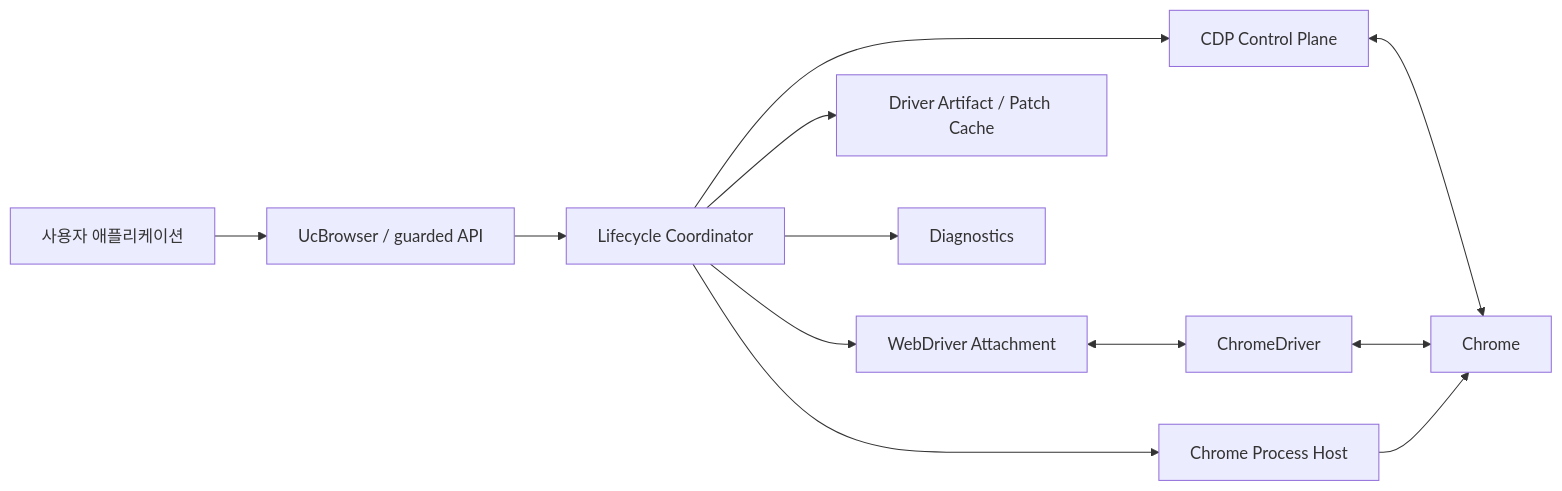
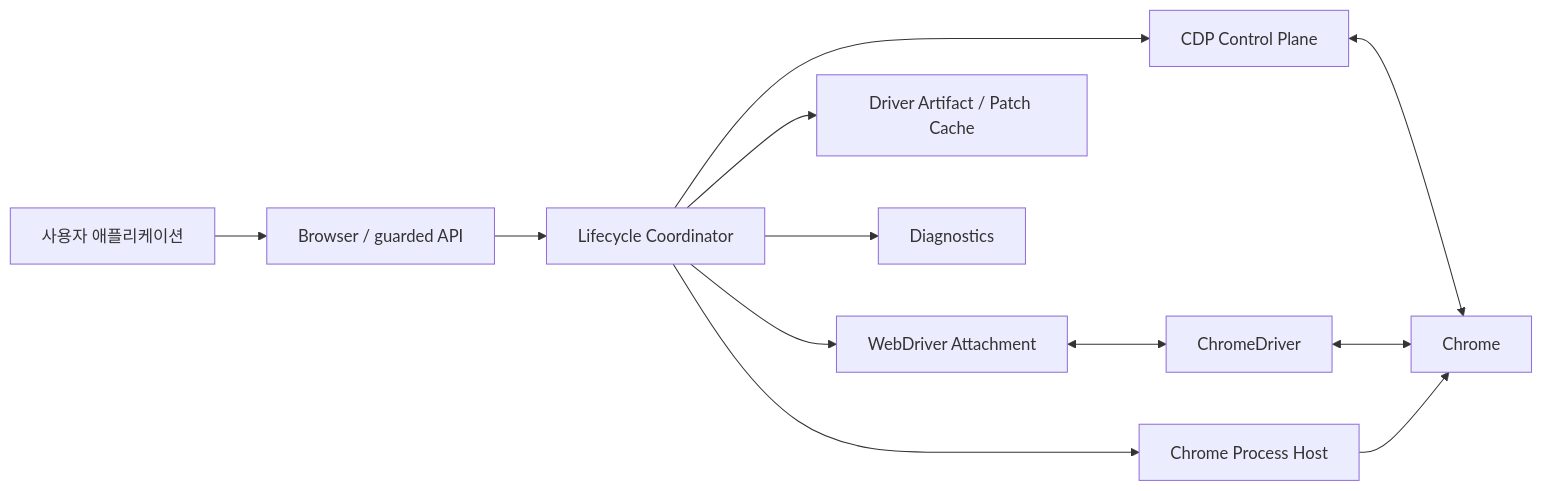
The first of 2 diagrams in docs/architecture.md (mete0rfish/BrowserDock), drawn with Mermaid before and after one commit. The commit also changed other lines of this file and 119 other files, not shown here.

````diff
--- a/docs/architecture.md
+++ b/docs/architecture.md
@@ -25,14 +25,14 @@
 ```mermaid
 flowchart LR
-    App[사용자 애플리케이션] --> API[UcBrowser / guarded API]
+    App[사용자 애플리케이션] --> API[Browser / guarded API]
     API --> LC[Lifecycle Coordinator]
     LC --> Host[Chrome Process Host]
     LC --> CP[CDP Control Plane]
     LC --> WA[WebDriver Attachment]
     CP <--> Chrome[Chrome]
     WA <--> Driver[ChromeDriver]
     Driver <--> Chrome
     Host --> Chrome
     LC --> Patch[Driver Artifact / Patch Cache]
     LC --> Diag[Diagnostics]
 ```
````
